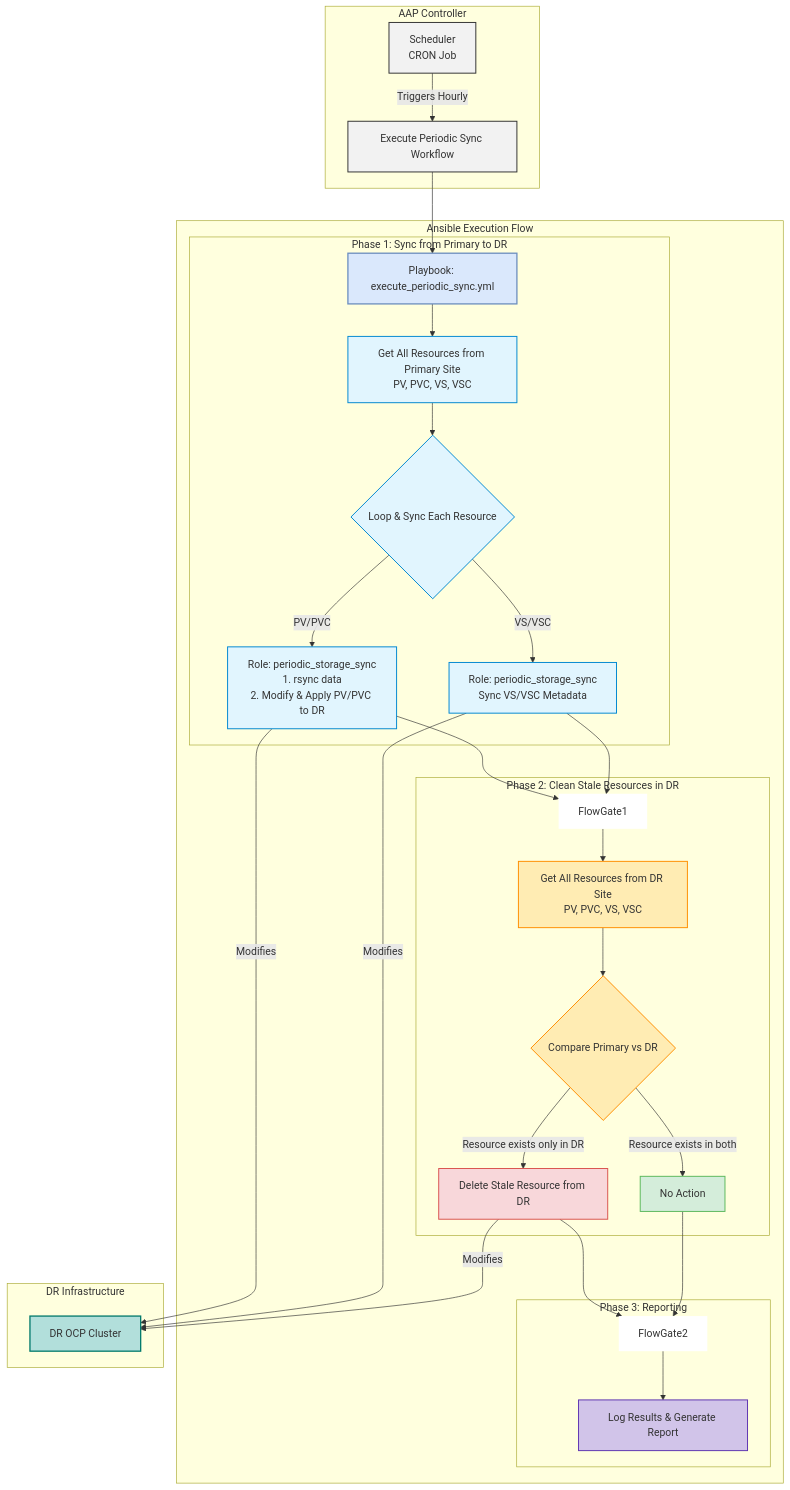
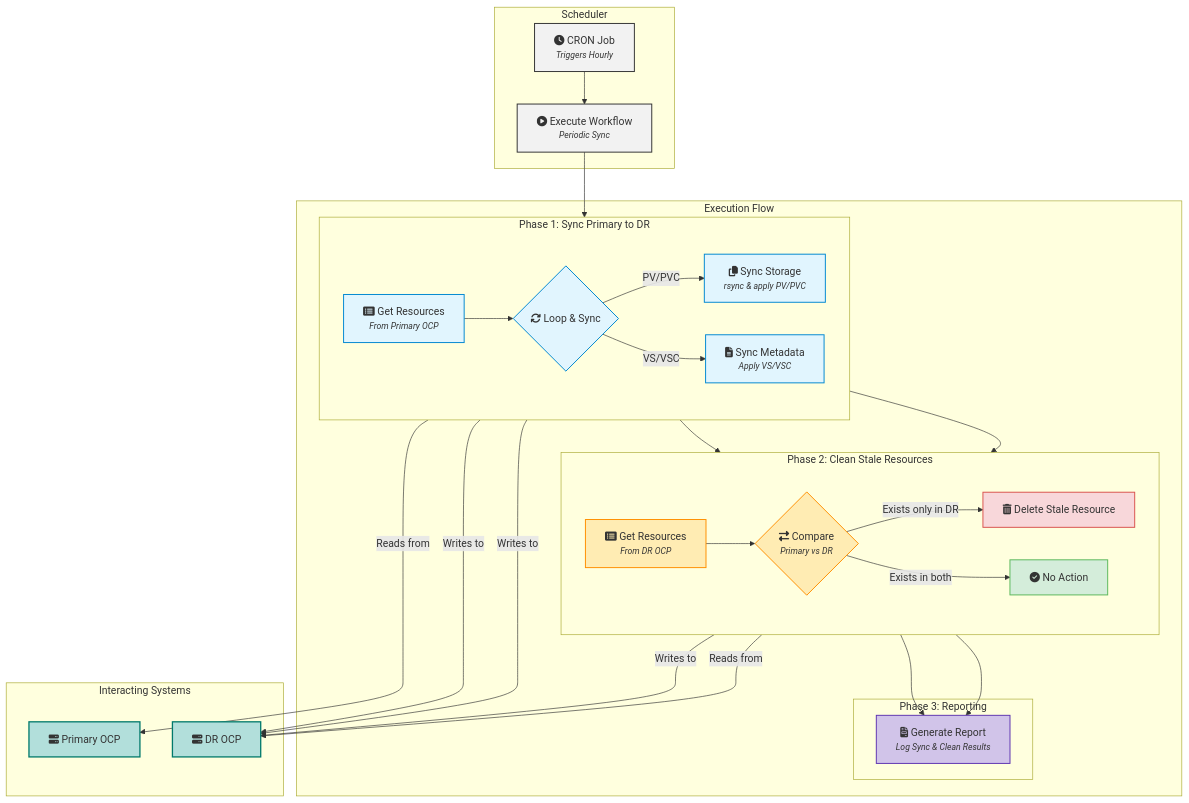
The second of 3 diagrams in planning/ansible-dr-design.md (wangzheng422/ansible-dr-demo), drawn with Mermaid before and after one commit. The commit also changed other lines of this file, not shown here.

````diff
--- a/planning/ansible-dr-design.md
+++ b/planning/ansible-dr-design.md
@@ -53,71 +80,59 @@
 ```mermaid
 graph TD
-    subgraph "AAP Controller"
-        A[Scheduler<br>CRON Job] -- Triggers Hourly --> B[Execute Periodic Sync Workflow];
+    subgraph "Scheduler"
+        A["fa:fa-clock CRON Job<br><div style='font-size:smaller; font-style:italic'>Triggers Hourly</div>"] --> B["fa:fa-play-circle Execute Workflow<br><div style='font-size:smaller; font-style:italic'>Periodic Sync</div>"];
     end
 
-    subgraph "Ansible Execution Flow"
-        B --> C[Playbook: execute_periodic_sync.yml];
-        
-        subgraph "Phase 1: Sync from Primary to DR"
-            C --> D[Get All Resources from Primary Site<br>PV, PVC, VS, VSC];
-            D --> E{Loop & Sync Each Resource};
-            E -- PV/PVC --> F[Role: periodic_storage_sync<br>1. rsync data<br>2. Modify & Apply PV/PVC to DR];
-            E -- VS/VSC --> G[Role: periodic_storage_sync<br>Sync VS/VSC Metadata];
-        end
-        
-        %% Invisible node to manage flow
-        F --> FlowGate1;
-        G --> FlowGate1;
-        style FlowGate1 fill:#fff,stroke:#fff,stroke-width:0px
-
-        subgraph "Phase 2: Clean Stale Resources in DR"
-            FlowGate1 --> H[Get All Resources from DR Site<br>PV, PVC, VS, VSC];
-            H --> I{Compare Primary vs DR};
-            I -- Resource exists only in DR --> J[Delete Stale Resource from DR];
-            I -- Resource exists in both --> K[No Action];
+    subgraph "Execution Flow"
+        subgraph "Phase 1: Sync Primary to DR"
+            direction LR
+            C["fa:fa-list-alt Get Resources<br><div style='font-size:smaller; font-style:italic'>From Primary OCP</div>"] --> D{"fa:fa-sync Loop & Sync"};
+            D -- "PV/PVC" --> E["fa:fa-copy Sync Storage<br><div style='font-size:smaller; font-style:italic'>rsync & apply PV/PVC</div>"];
+            D -- "VS/VSC" --> F["fa:fa-file-alt Sync Metadata<br><div style='font-size:smaller; font-style:italic'>Apply VS/VSC</div>"];
         end
 
-        %% Invisible node to manage flow
-        J --> FlowGate2;
-        K --> FlowGate2;
-        style FlowGate2 fill:#fff,stroke:#fff,stroke-width:0px
+        subgraph "Phase 2: Clean Stale Resources"
+            direction LR
+            G["fa:fa-list-alt Get Resources<br><div style='font-size:smaller; font-style:italic'>From DR OCP</div>"] --> H{"fa:fa-exchange-alt Compare<br><div style='font-size:smaller; font-style:italic'>Primary vs DR</div>"};
+            H -- "Exists only in DR" --> I["fa:fa-trash-alt Delete Stale Resource"];
+            H -- "Exists in both" --> J["fa:fa-check-circle No Action"];
+        end
 
         subgraph "Phase 3: Reporting"
-            FlowGate2 --> L[Log Results & Generate Report];
+            K["fa:fa-file-invoice Generate Report<br><div style='font-size:smaller; font-style:italic'>Log Sync & Clean Results</div>"]
         end
     end
 
-    subgraph "DR Infrastructure"
-        M[DR OCP Cluster];
+    B --> C;
+    E --> G;
+    F --> G;
+    I --> K;
+    J --> K;
+
+    subgraph "Interacting Systems"
+        PrimaryOCP["fa:fa-server Primary OCP"]
+        DROCP["fa:fa-server DR OCP"]
     end
 
-    %% Connections to external systems
-    F -- Modifies --> M;
-    G -- Modifies --> M;
-    J -- Modifies --> M;
+    C -- Reads from --> PrimaryOCP;
+    E -- Writes to --> DROCP;
+    F -- Writes to --> DROCP;
+    G -- Reads from --> DROCP;
+    I -- Writes to --> DROCP;
 
-    %% Styling
-    style A fill:#f2f2f2,stroke:#333,stroke-width:1.5px
-    style B fill:#f2f2f2,stroke:#333,stroke-width:1.5px
-    
-    style C fill:#dae8fc,stroke:#6c8ebf,stroke-width:2px
-    
-    %% Phase 1 styles
-    style D fill:#e1f5fe,stroke:#0288d1,stroke-width:1.5px
-    style E fill:#e1f5fe,stroke:#0288d1,stroke-width:1.5px
-    style F fill:#e1f5fe,stroke:#0288d1,stroke-width:1.5px
-    style G fill:#e1f5fe,stroke:#0288d1,stroke-width:1.5px
+    classDef scheduler fill:#f2f2f2,stroke:#333,stroke-width:1.5px;
+    classDef phase1 fill:#e1f5fe,stroke:#0288d1,stroke-width:1.5px;
+    classDef phase2 fill:#ffecb3,stroke:#ff8f00,stroke-width:1.5px;
+    classDef phase3 fill:#d1c4e9,stroke:#5e35b1,stroke-width:1.5px;
+    classDef system fill:#b2dfdb,stroke:#00796b,stroke-width:2px;
+    classDef delete fill:#f8d7da,stroke:#d9534f,stroke-width:1.5px;
+    classDef no_action fill:#d4edda,stroke:#5cb85c,stroke-width:1.5px;
 
-    %% Phase 2 styles
-    style H fill:#ffecb3,stroke:#ff8f00,stroke-width:1.5px
-    style I fill:#ffecb3,stroke:#ff8f00,stroke-width:1.5px
-    style J fill:#f8d7da,stroke:#d9534f,stroke-width:1.5px
-    style K fill:#d4edda,stroke:#5cb85c,stroke-width:1.5px
-
-    %% Phase 3 styles
-    style L fill:#d1c4e9,stroke:#5e35b1,stroke-width:1.5px
-    
-    %% External system styles
-    style M fill:#b2dfdb,stroke:#00796b,stroke-width:2px
+    class A,B scheduler;
+    class C,D,E,F phase1;
+    class G,H phase2;
+    class I delete;
+    class J no_action;
+    class K phase3;
+    class PrimaryOCP,DROCP system;
 ```
````
